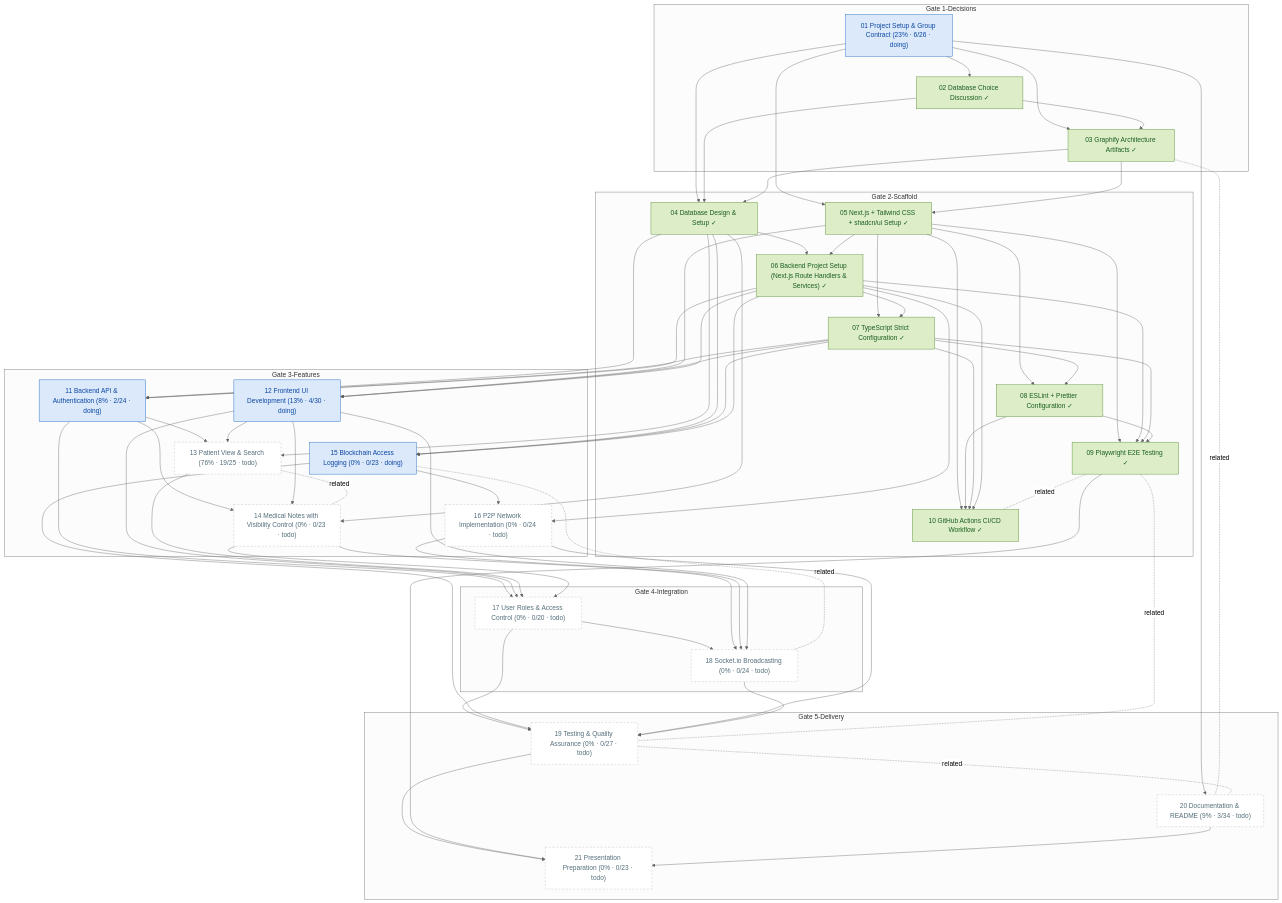
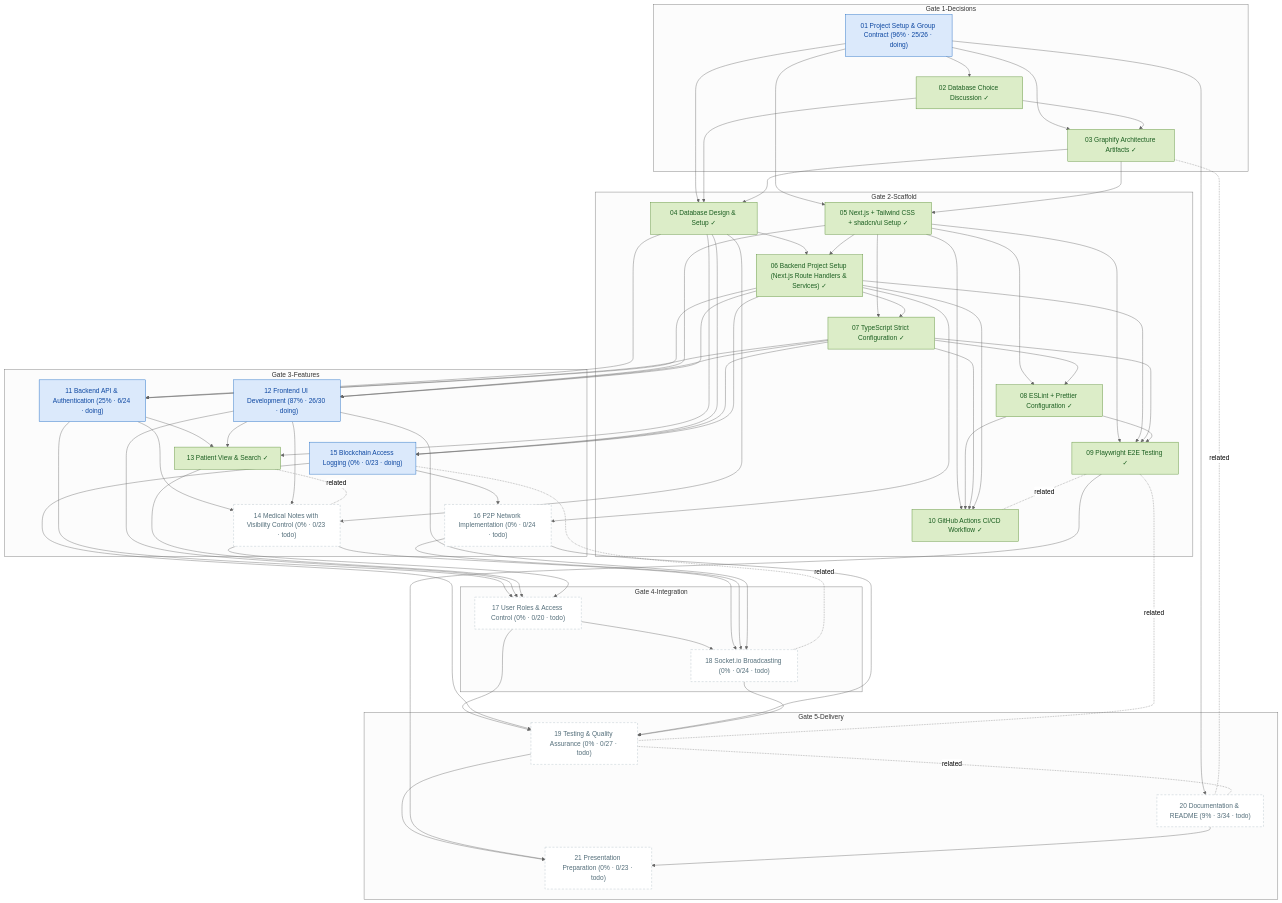
One commit to matdevstamp/inl-3-awesome-journal changed the diagram in docs/diagrams/task-dependencies.md. Above: the diagram before and after it, drawn with Mermaid (neutral theme). The commit also changed 5 other files, not shown here.

Commit message:
docs: audit task checkboxes against shipped code and regenerate diagrams

```diff
--- a/docs/diagrams/task-dependencies.md
+++ b/docs/diagrams/task-dependencies.md
@@ -30,7 +30,7 @@
     %% Dotted line A -. related .- B: A and B are related
     %% Colors: green done · blue in progress · dashed gray todo (not started)
     subgraph decisions["Gate 1-Decisions"]
-    T01["01 Project Setup & Group Contract (23% · 6/26 · doing)"]
+    T01["01 Project Setup & Group Contract (96% · 25/26 · doing)"]
     T02["02 Database Choice Discussion ✓"]
     T03["03 Graphify Architecture Artifacts ✓"]
     end
@@ -44,9 +44,9 @@
     T10["10 GitHub Actions CI/CD Workflow ✓"]
     end
     subgraph features["Gate 3-Features"]
-    T11["11 Backend API & Authentication (8% · 2/24 · doing)"]
-    T12["12 Frontend UI Development (13% · 4/30 · doing)"]
-    T13["13 Patient View & Search (76% · 19/25 · todo)"]
+    T11["11 Backend API & Authentication (25% · 6/24 · doing)"]
+    T12["12 Frontend UI Development (87% · 26/30 · doing)"]
+    T13["13 Patient View & Search ✓"]
     T14["14 Medical Notes with Visibility Control (0% · 0/23 · todo)"]
     T15["15 Blockchain Access Logging (0% · 0/23 · doing)"]
     T16["16 P2P Network Implementation (0% · 0/24 · todo)"]
@@ -136,7 +136,7 @@
     class T10 done;
     class T11 doing;
     class T12 doing;
-    class T13 todo;
+    class T13 done;
     class T14 todo;
     class T15 doing;
     class T16 todo;
```
